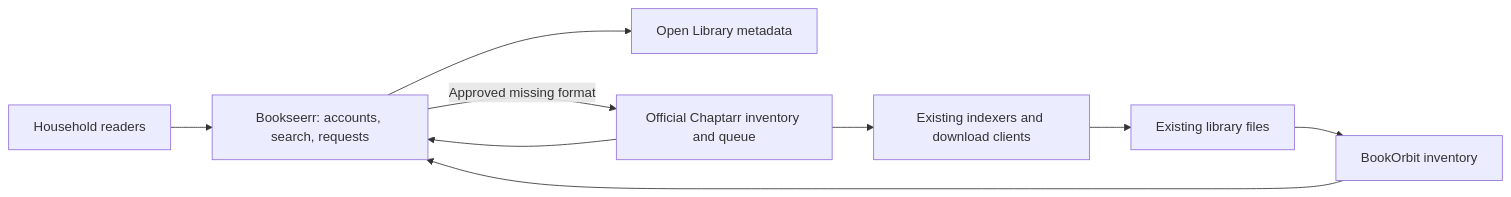
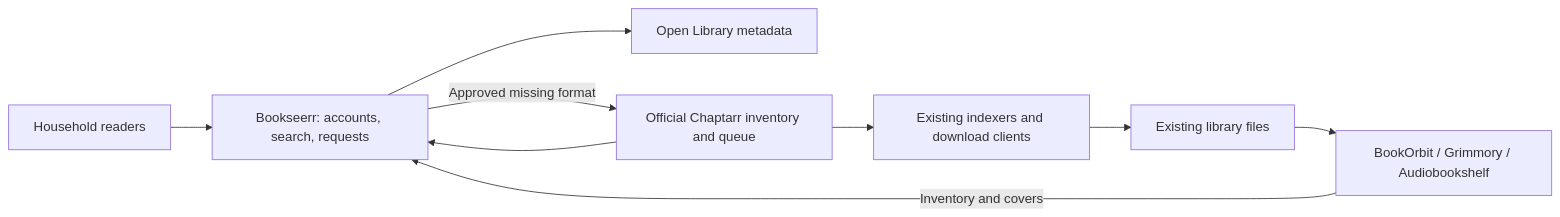
One commit to TeamCogs/bookseer changed the diagram in docs/architecture.md. Above: the diagram before and after it, drawn with Mermaid. The commit also changed other lines of this file and 25 other files, not shown here.

Commit message:
Support multiple BookOrbit, Grimmory, and Audiobookshelf servers

````diff
--- a/docs/architecture.md
+++ b/docs/architecture.md
@@ -5,11 +5,11 @@
 ```mermaid
 flowchart LR
   Readers[Household readers] --> Bookseerr[Bookseerr: accounts, search, requests]
   Bookseerr --> Catalogue[Open Library metadata]
-  BookOrbit[BookOrbit inventory] --> Bookseerr
+  Libraries[BookOrbit / Grimmory / Audiobookshelf] -->|Inventory and covers| Bookseerr
   Chaptarr[Official Chaptarr inventory and queue] --> Bookseerr
   Bookseerr -->|Approved missing format| Chaptarr
   Chaptarr --> Clients[Existing indexers and download clients]
   Clients --> Files[Existing library files]
-  Files --> BookOrbit
+  Files --> Libraries
 ```
````
